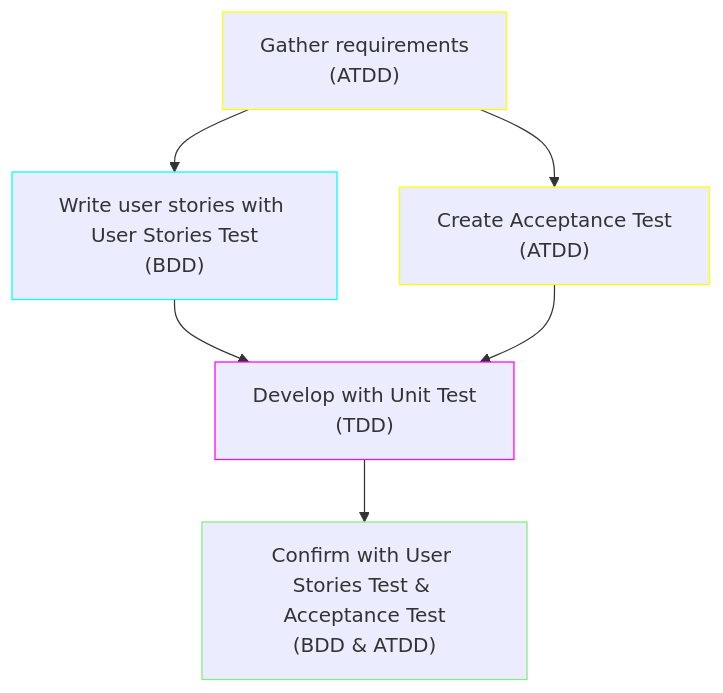
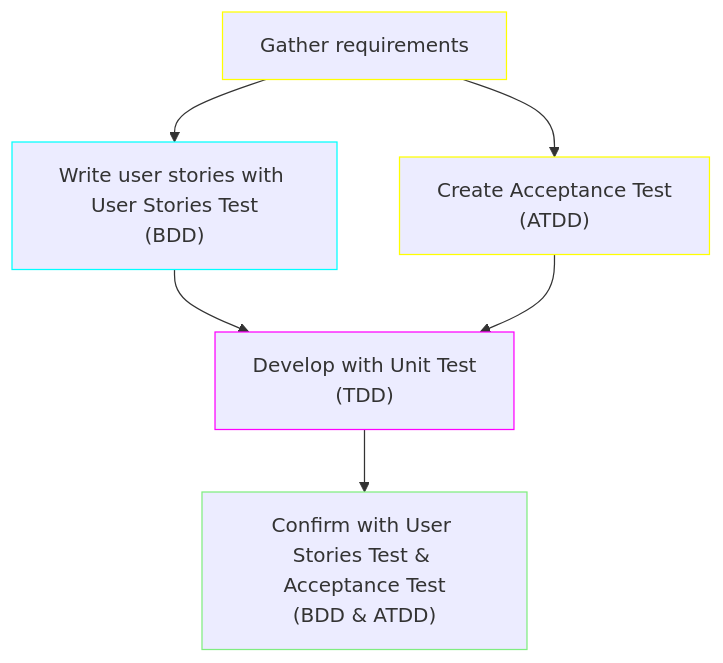
The diagram in BrightSocial/topics/test-development.md (dovahkrid/tdd_docs), drawn with Mermaid before and after one commit. The commit also changed other lines of this file, not shown here.

````diff
--- a/BrightSocial/topics/test-development.md
+++ b/BrightSocial/topics/test-development.md
@@ -11,24 +11,23 @@
 ```mermaid
 flowchart TD
-    A["`Gather requirements
-    (ATDD)`"]
+    A["`Gather requirements`"]
     B["`Write user stories with User Stories Test
     (BDD)`"]
     C["`Create Acceptance Test
     (ATDD)`"]
     D["`Develop with Unit Test
     (TDD)`"]
     E["`Confirm with User Stories Test & Acceptance Test
     (BDD & ATDD)`"]
     A --> B
     A --> C
     B --> D    
     C --> D
     D --> E
 
     style A stroke:yellow
     style B stroke:cyan
     style C stroke:yellow
     style D stroke:magenta
     style E stroke:#80ED80
 ```
````
